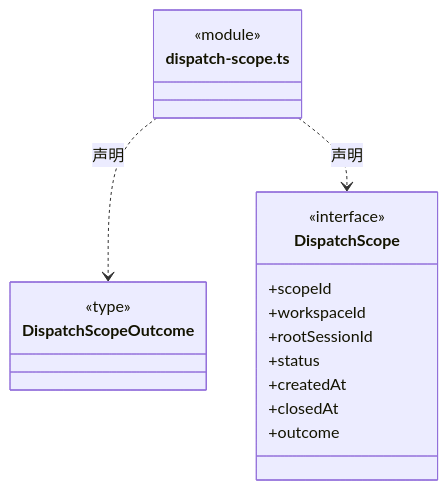
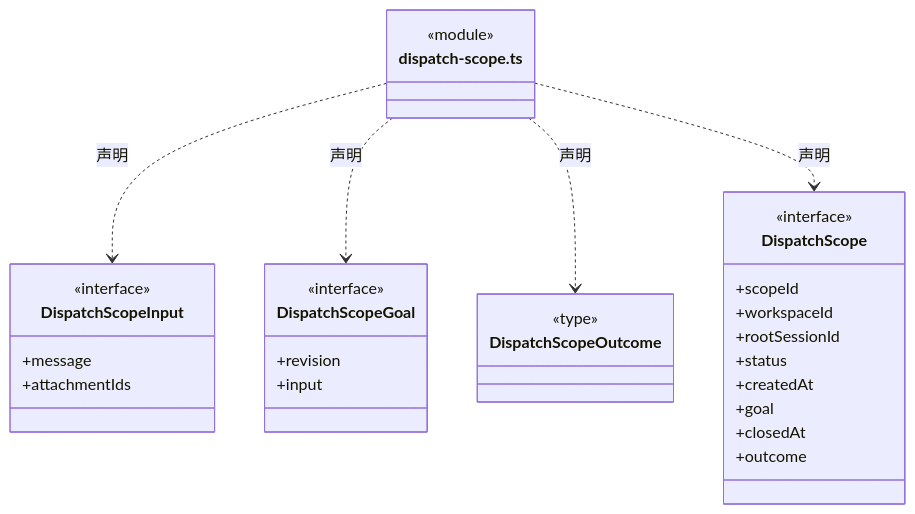
One commit to nan023062/cbim changed the sixth of 34 diagrams in src/backend/core/tasks/ARCHITECTURE.md. Above: the diagram before and after it, drawn with Mermaid. The commit also changed other lines of this file and 19 other files, not shown here.

````diff
--- a/src/backend/core/tasks/ARCHITECTURE.md
+++ b/src/backend/core/tasks/ARCHITECTURE.md
@@ -149,22 +149,35 @@
 ```mermaid
 classDiagram
 class N_src_backend_core_tasks_dispatch_scope_ts["dispatch-scope.ts"] {
   <<module>>
 }
+class N_src_backend_core_tasks_dispatch_scope_ts_DispatchScopeInput["DispatchScopeInput"] {
+  <<interface>>
+  +message
+  +attachmentIds
+}
+N_src_backend_core_tasks_dispatch_scope_ts ..> N_src_backend_core_tasks_dispatch_scope_ts_DispatchScopeInput : 声明
+class N_src_backend_core_tasks_dispatch_scope_ts_DispatchScopeGoal["DispatchScopeGoal"] {
+  <<interface>>
+  +revision
+  +input
+}
+N_src_backend_core_tasks_dispatch_scope_ts ..> N_src_backend_core_tasks_dispatch_scope_ts_DispatchScopeGoal : 声明
 class N_src_backend_core_tasks_dispatch_scope_ts_DispatchScopeOutcome["DispatchScopeOutcome"] {
   <<type>>
 
 }
 N_src_backend_core_tasks_dispatch_scope_ts ..> N_src_backend_core_tasks_dispatch_scope_ts_DispatchScopeOutcome : 声明
 class N_src_backend_core_tasks_dispatch_scope_ts_DispatchScope["DispatchScope"] {
   <<interface>>
   +scopeId
   +workspaceId
   +rootSessionId
   +status
   +createdAt
+  +goal
   +closedAt
   +outcome
 }
 N_src_backend_core_tasks_dispatch_scope_ts ..> N_src_backend_core_tasks_dispatch_scope_ts_DispatchScope : 声明
 ```
````
